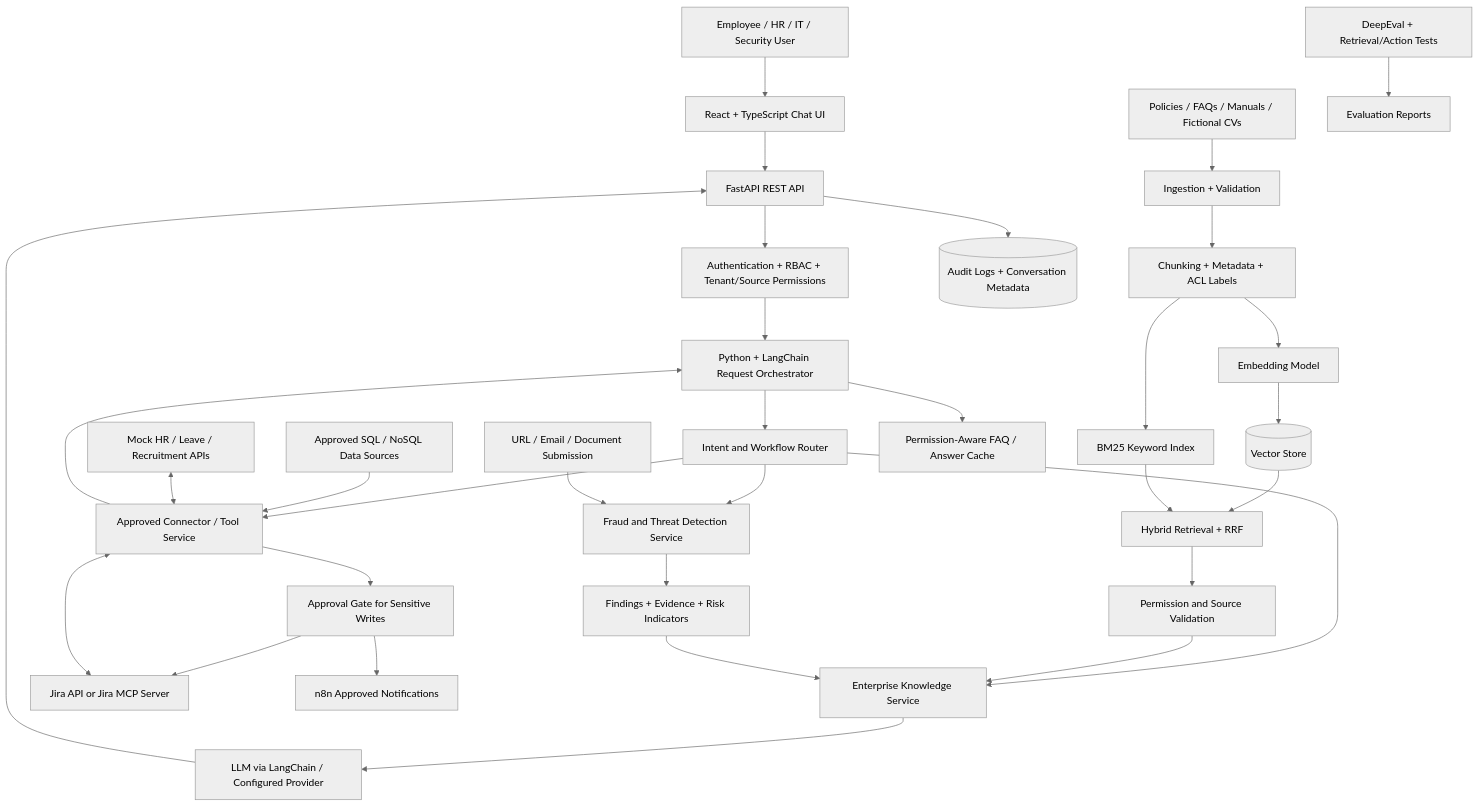
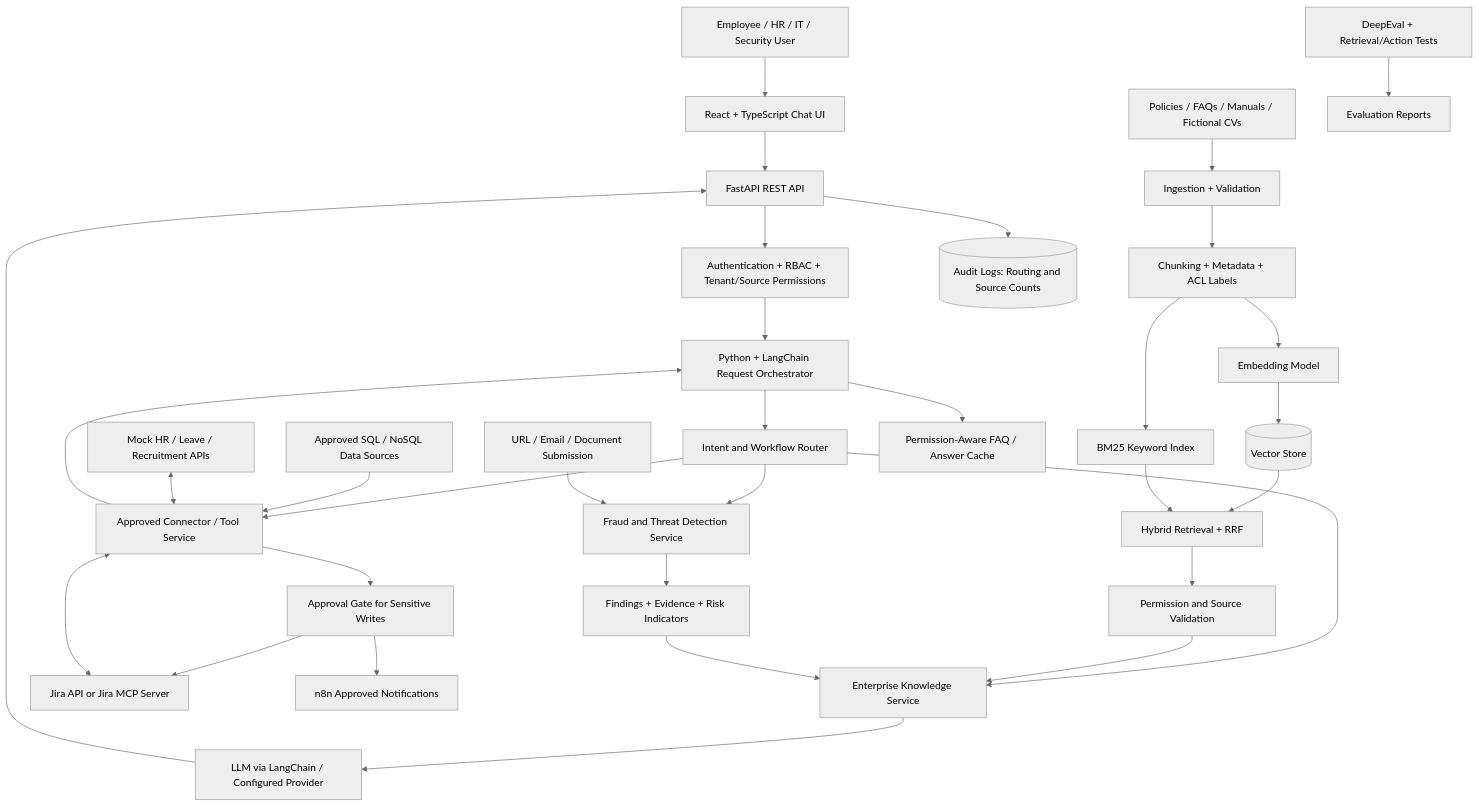
The diagram in README.md (Indsafri-AI-Engineering/knowledgeops-ai), drawn with Mermaid (neutral theme) before and after one commit. The commit also changed other lines of this file and 29 other files, not shown here.

````diff
--- a/README.md
+++ b/README.md
@@ -434,40 +452,40 @@
 ``` mermaid
 flowchart TD
     USER[Employee / HR / IT / Security User] --> UI[React + TypeScript Chat UI]
     UI --> API[FastAPI REST API]
     API --> AUTH[Authentication + RBAC + Tenant/Source Permissions]
     AUTH --> ORCH[Python + LangChain Request Orchestrator]
 
     ORCH --> ROUTER[Intent and Workflow Router]
     ROUTER --> KNOW[Enterprise Knowledge Service]
     ROUTER --> CONNECT[Approved Connector / Tool Service]
     ROUTER --> THREAT[Fraud and Threat Detection Service]
 
     DOCS[Policies / FAQs / Manuals / Fictional CVs] --> INGEST[Ingestion + Validation]
     INGEST --> CHUNK[Chunking + Metadata + ACL Labels]
     CHUNK --> EMBED[Embedding Model]
     CHUNK --> BM25[BM25 Keyword Index]
     EMBED --> VECTOR[(Vector Store)]
     VECTOR --> HYBRID[Hybrid Retrieval + RRF]
     BM25 --> HYBRID
     HYBRID --> ACL[Permission and Source Validation]
     ACL --> KNOW
 
     DB[Approved SQL / NoSQL Data Sources] --> CONNECT
     JIRA[Jira API or Jira MCP Server] <--> CONNECT
     HR[Mock HR / Leave / Recruitment APIs] <--> CONNECT
     CONNECT --> ORCH
 
     URL[URL / Email / Document Submission] --> THREAT
     THREAT --> EVIDENCE[Findings + Evidence + Risk Indicators]
     EVIDENCE --> KNOW
     KNOW --> LLM[LLM via LangChain / Configured Provider]
     LLM --> API
 
     ORCH --> CACHE[Permission-Aware FAQ / Answer Cache]
-    API --> AUDIT[(Audit Logs + Conversation Metadata)]
+    API --> AUDIT[(Audit Logs: Routing and Source Counts)]
     CONNECT --> APPROVAL[Approval Gate for Sensitive Writes]
     APPROVAL --> JIRA
     APPROVAL --> N8N[n8n Approved Notifications]
     EVAL[DeepEval + Retrieval/Action Tests] --> REPORT[Evaluation Reports]
 ```
````
